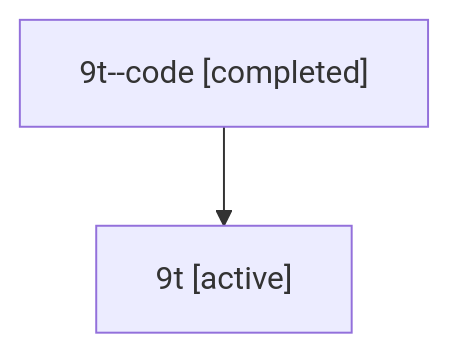
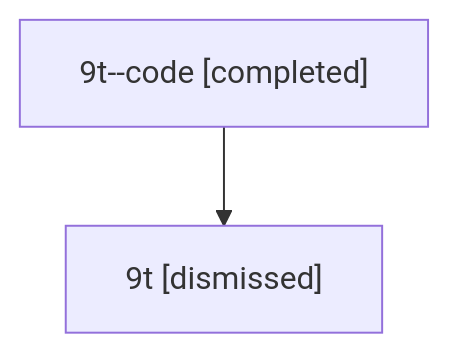
One commit to sase-org/sase--agents changed the diagram in sessions/bbugyi200.athena.9t.md. Above: the diagram before and after it, drawn with Mermaid. The commit also changed other lines of this file and 13 other files, not shown here.

````diff
--- a/sessions/bbugyi200.athena.9t.md
+++ b/sessions/bbugyi200.athena.9t.md
@@ -9,6 +9,6 @@
 ```mermaid
 flowchart TD
   n0["9t--code [completed]"]
-  n1["9t [active]"]
+  n1["9t [dismissed]"]
   n0 --> n1
 ```
````
